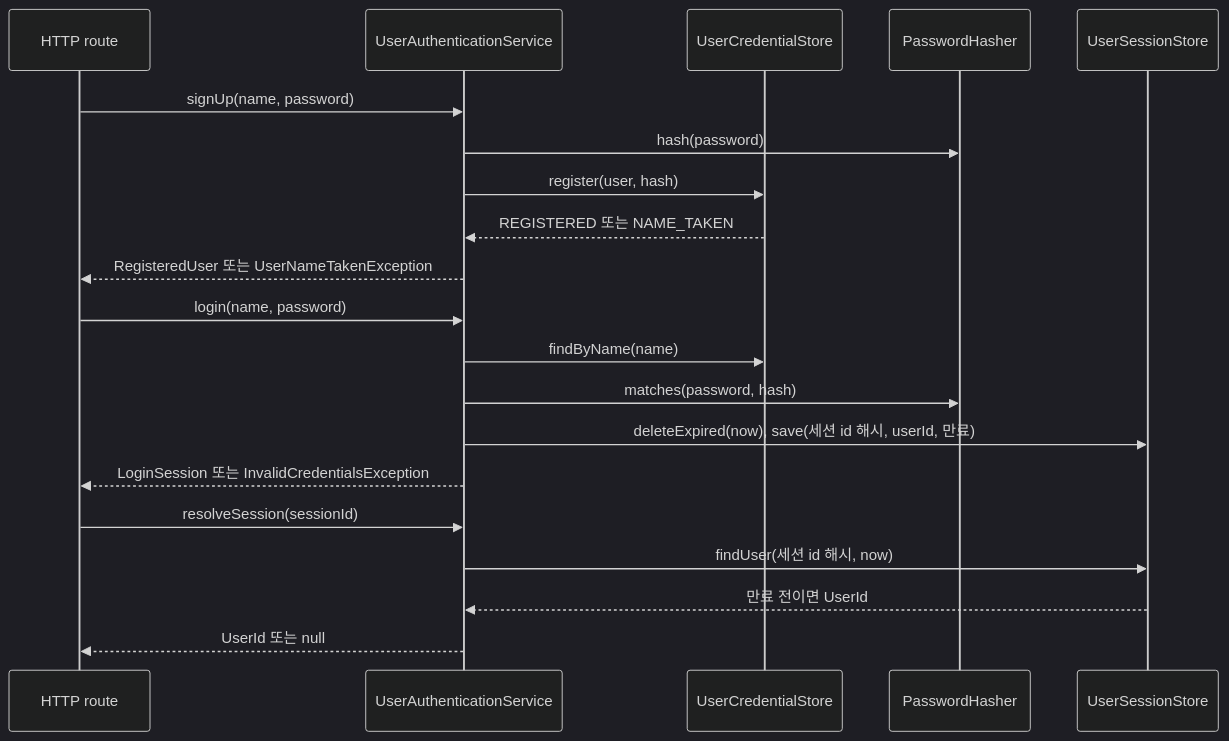
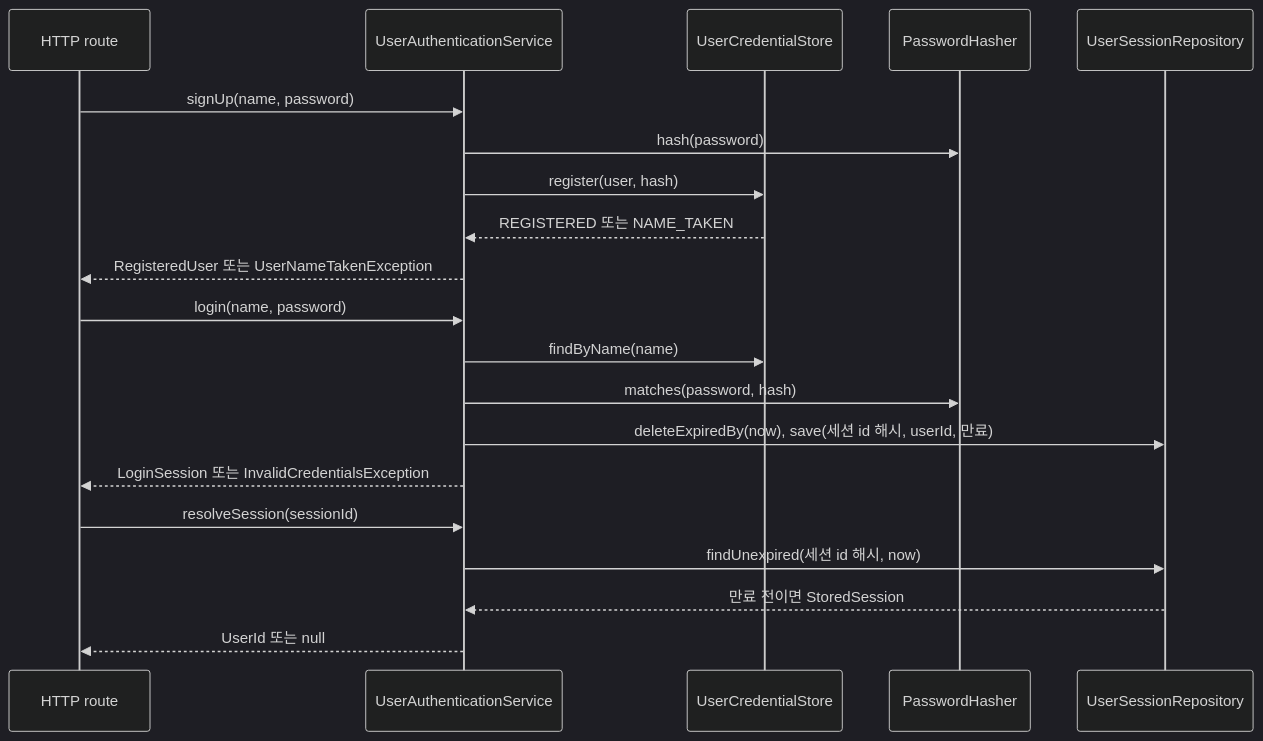
One commit to magenta1223/home_assistant changed the second of 2 diagrams in application/src/main/kotlin/com/homeassistant/application/usecase/identity/README.md. Above: the diagram before and after it, drawn with Mermaid (dark theme). The commit also changed 11 other files, not shown here.

Commit message:
refactor: Rename UserSessionStore to UserSessionRepository and allow delete methods on repositories

````diff
--- a/application/src/main/kotlin/com/homeassistant/application/usecase/identity/README.md
+++ b/application/src/main/kotlin/com/homeassistant/application/usecase/identity/README.md
@@ -30,25 +30,25 @@
 ```mermaid
 sequenceDiagram
     participant Http as HTTP route
     participant Auth as UserAuthenticationService
     participant Credentials as UserCredentialStore
     participant Hasher as PasswordHasher
-    participant Sessions as UserSessionStore
+    participant Sessions as UserSessionRepository
 
     Http->>Auth: signUp(name, password)
     Auth->>Hasher: hash(password)
     Auth->>Credentials: register(user, hash)
     Credentials-->>Auth: REGISTERED 또는 NAME_TAKEN
     Auth-->>Http: RegisteredUser 또는 UserNameTakenException
 
     Http->>Auth: login(name, password)
     Auth->>Credentials: findByName(name)
     Auth->>Hasher: matches(password, hash)
-    Auth->>Sessions: deleteExpired(now), save(세션 id 해시, userId, 만료)
+    Auth->>Sessions: deleteExpiredBy(now), save(세션 id 해시, userId, 만료)
     Auth-->>Http: LoginSession 또는 InvalidCredentialsException
 
     Http->>Auth: resolveSession(sessionId)
-    Auth->>Sessions: findUser(세션 id 해시, now)
-    Sessions-->>Auth: 만료 전이면 UserId
+    Auth->>Sessions: findUnexpired(세션 id 해시, now)
+    Sessions-->>Auth: 만료 전이면 StoredSession
     Auth-->>Http: UserId 또는 null
 ```
````
